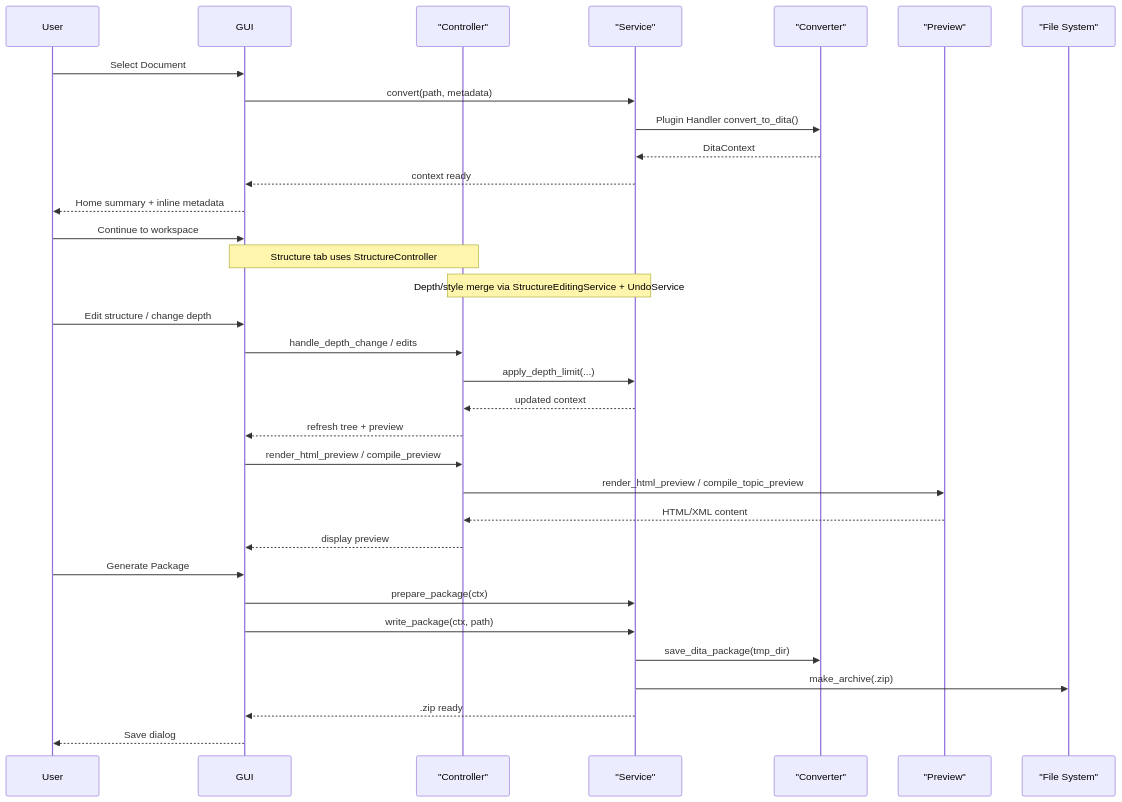
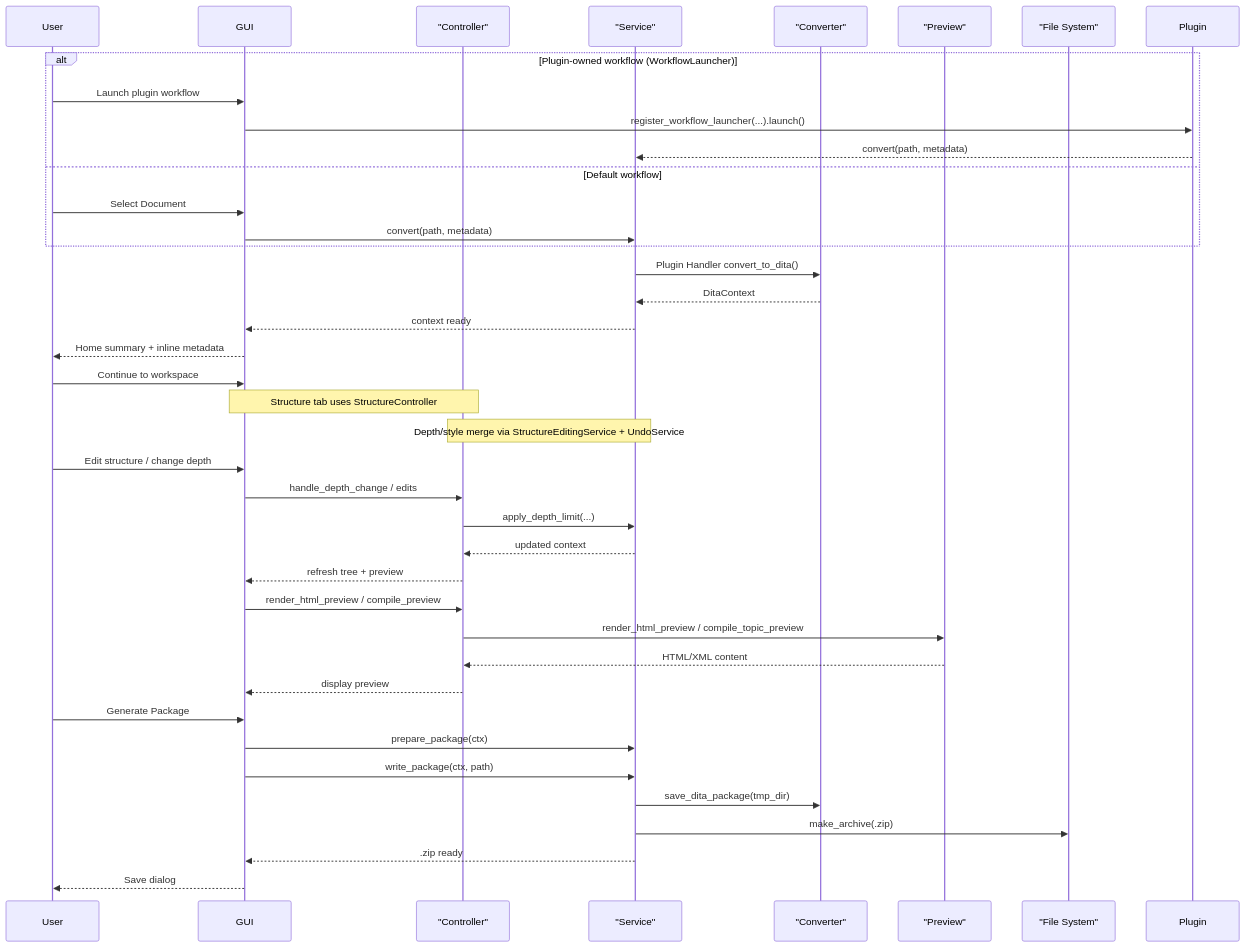
The diagram in docs/runtime_flow.md (Orsso/orlando-toolkit), drawn with Mermaid before and after one commit. The commit also changed other lines of this file and 8 other files, not shown here.

Commit message:
feat(docs): Update README and user guide for clarity; enhance plugin development documentation

````diff
--- a/docs/runtime_flow.md
+++ b/docs/runtime_flow.md
@@ -3,39 +3,46 @@
 ```mermaid
 sequenceDiagram
     participant User
     participant GUI
     participant Ctrl as "Controller"
     participant Svc as "Service"
     participant Conv as "Converter"
     participant Prev as "Preview"
     participant FS as "File System"
 
-    User->>GUI: Select Document
-    GUI->>Svc: convert(path, metadata)
+    alt Plugin-owned workflow (WorkflowLauncher)
+        User->>GUI: Launch plugin workflow
+        GUI->>Plugin: register_workflow_launcher(...).launch()
+        Plugin-->>Svc: convert(path, metadata)
+    else Default workflow
+        User->>GUI: Select Document
+        GUI->>Svc: convert(path, metadata)
+    end
+
     Svc->>Conv: Plugin Handler convert_to_dita()
     Conv-->>Svc: DitaContext
     Svc-->>GUI: context ready
     GUI-->>User: Home summary + inline metadata
     User->>GUI: Continue to workspace
     Note over GUI,Ctrl: Structure tab uses StructureController
     Note over Ctrl,Svc: Depth/style merge via StructureEditingService + UndoService
 
     User->>GUI: Edit structure / change depth
     GUI->>Ctrl: handle_depth_change / edits
     Ctrl->>Svc: apply_depth_limit(...)
     Svc-->>Ctrl: updated context
     Ctrl-->>GUI: refresh tree + preview
 
     GUI->>Ctrl: render_html_preview / compile_preview
     Ctrl->>Prev: render_html_preview / compile_topic_preview
     Prev-->>Ctrl: HTML/XML content
     Ctrl-->>GUI: display preview
 
     User->>GUI: Generate Package
     GUI->>Svc: prepare_package(ctx)
     GUI->>Svc: write_package(ctx, path)
     Svc->>Conv: save_dita_package(tmp_dir)
     Svc->>FS: make_archive(.zip)
     Svc-->>GUI: .zip ready
     GUI-->>User: Save dialog
 ```
````
